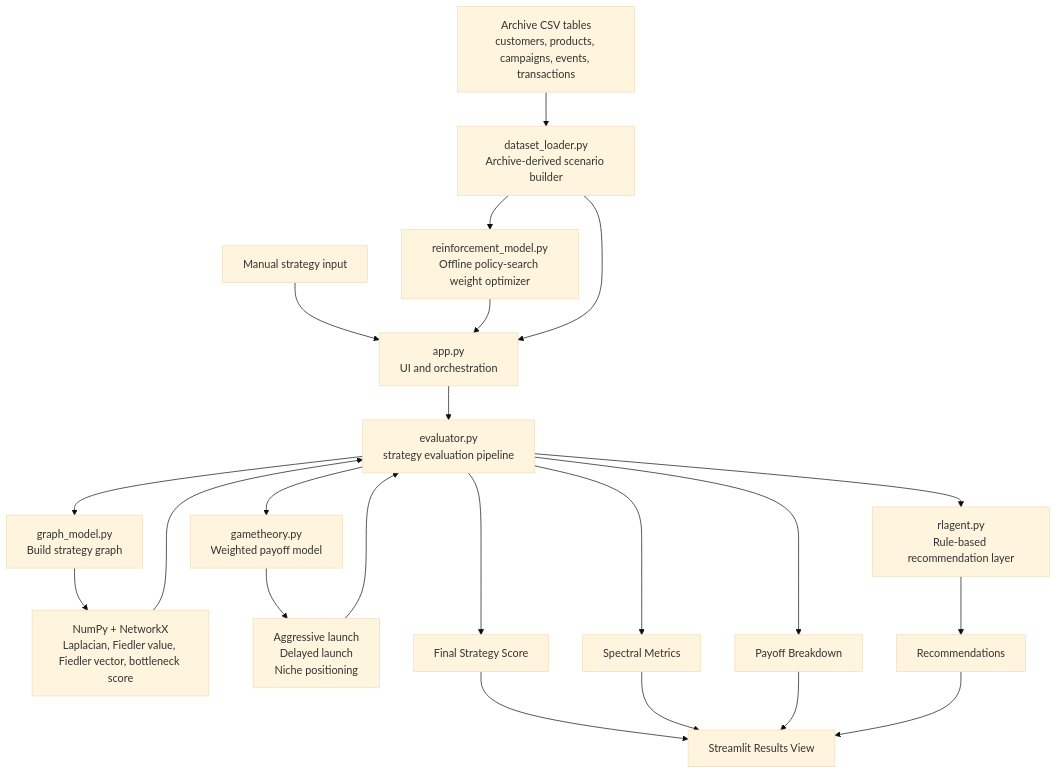
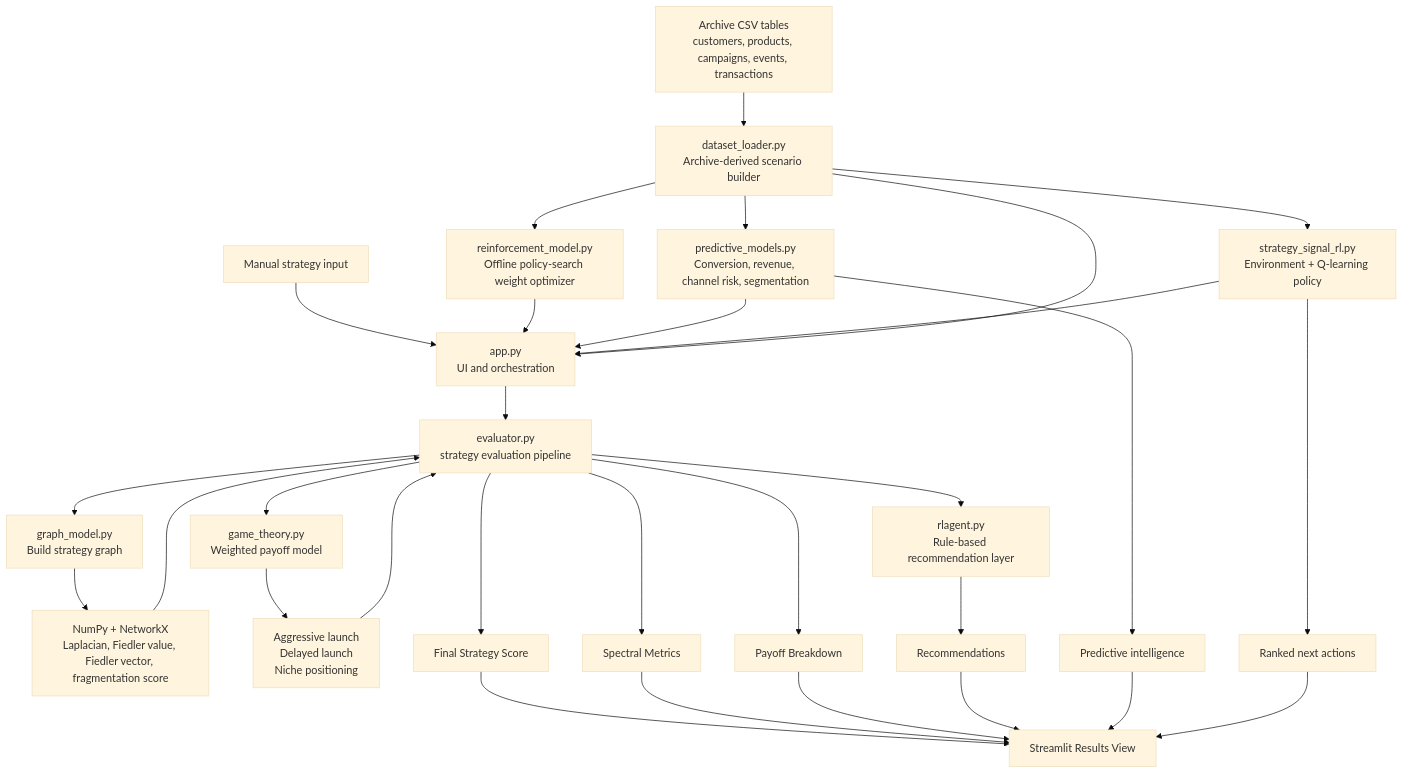
Before and after one commit to AKillerPanda/Strategy-Signal: the diagram in README.md, drawn with Mermaid (base theme). The commit also changed other lines of this file and 32 other files, not shown here.

Commit message:
feat: Update predictive model with new strategy signal data

````diff
--- a/README.md
+++ b/README.md
@@ -122,29 +171,37 @@
 ```mermaid
 flowchart TD
     A[Manual strategy input] --> B[app.py\nUI and orchestration]
     A2[Archive CSV tables\ncustomers, products, campaigns, events, transactions] --> DL[dataset_loader.py\nArchive-derived scenario builder]
     DL --> RM[reinforcement_model.py\nOffline policy-search weight optimizer]
+    DL --> PM[predictive_models.py\nConversion, revenue, channel risk, segmentation]
+    DL --> RL[strategy_signal_rl.py\nEnvironment + Q-learning policy]
     RM --> B
+    PM --> B
+    RL --> B
     DL --> B
     B --> C[evaluator.py\nstrategy evaluation pipeline]
 
     C --> D[graph_model.py\nBuild strategy graph]
-    D --> E[NumPy + NetworkX\nLaplacian, Fiedler value, Fiedler vector, bottleneck score]
+    D --> E[NumPy + NetworkX\nLaplacian, Fiedler value, Fiedler vector, fragmentation score]
 
-    C --> F[gametheory.py\nWeighted payoff model]
+    C --> F[game_theory.py\nWeighted payoff model]
     F --> G[Aggressive launch\nDelayed launch\nNiche positioning]
 
     C --> H[rlagent.py\nRule-based recommendation layer]
 
     E --> C
     G --> C
     H --> I[Recommendations]
     C --> J[Final Strategy Score]
     C --> K[Spectral Metrics]
     C --> L[Payoff Breakdown]
+    PM --> N[Predictive intelligence]
+    RL --> O[Ranked next actions]
 
     J --> M[Streamlit Results View]
     K --> M
     L --> M
     I --> M
+    N --> M
+    O --> M
 ```
````
